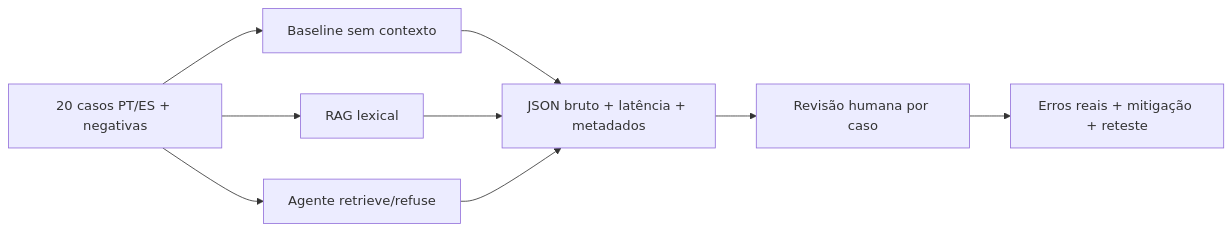
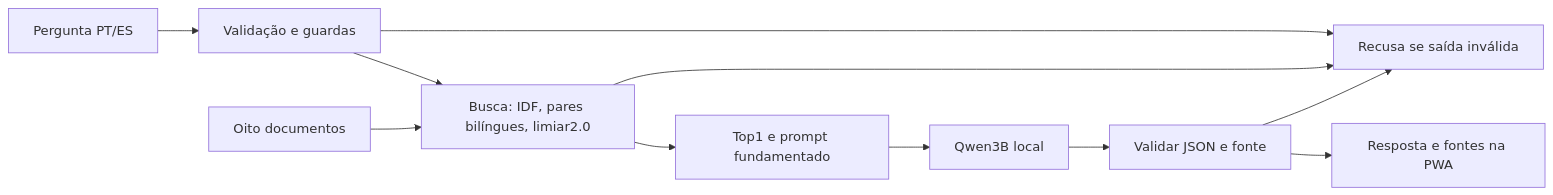
One commit to Acolhe-Projeto/Acolhe---GS8 changed the diagram in genai/PLAN.md. Above: the diagram before and after it, drawn with Mermaid. The commit also changed other lines of this file and 31 other files, not shown here.

````diff
--- a/genai/PLAN.md
+++ b/genai/PLAN.md
@@ -39,11 +9,13 @@
 ```mermaid
 flowchart LR
-    Q[20 casos PT/ES + negativas] --> B[Baseline sem contexto]
-    Q --> R[RAG lexical]
-    Q --> A[Agente retrieve/refuse]
-    B --> J[JSON bruto + latência + metadados]
-    R --> J
-    A --> J
-    J --> V[Revisão humana por caso]
-    V --> E[Erros reais + mitigação + reteste]
+    U[Pergunta PT/ES] --> G[Validação e guardas]
+    G --> R[Busca: IDF, pares bilíngues, limiar2.0]
+    D[Oito documentos] --> R
+    R --> P[Top1 e prompt fundamentado]
+    P --> Q[Qwen3B local]
+    Q --> J[Validar JSON e fonte]
+    J --> UI[Resposta e fontes na PWA]
+    J --> N[Recusa se saída inválida]
+    G --> N
+    R --> N
 ```
````
